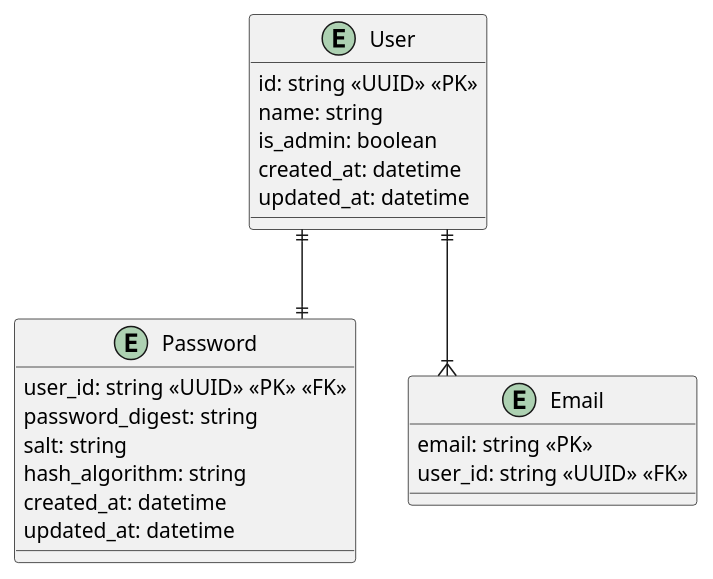
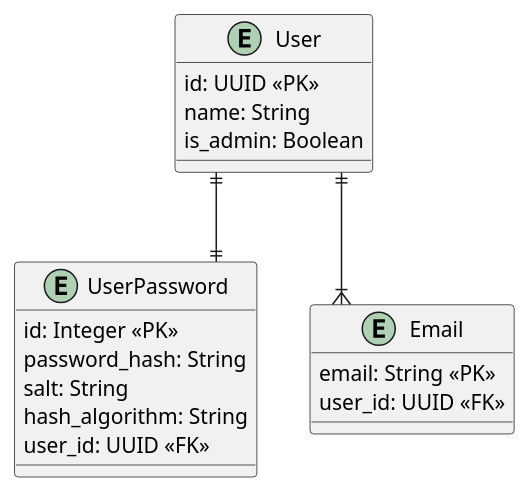
Before and after one commit to balazsmiklos85/book_club: the diagram in doc/database_current.plantuml, drawn with PlantUML. The commit also changed 4 other files, not shown here.

```diff
--- a/doc/database_current.plantuml
+++ b/doc/database_current.plantuml
@@ -1,29 +1,26 @@
 @startuml
 skinparam linetype ortho
 
 entity User {
-    id: string <<UUID>> <<PK>>
-    name: string
-    is_admin: boolean
-    created_at: datetime
-    updated_at: datetime
+  id: UUID <<PK>>
+  name: String
+  is_admin: Boolean
 }
 
-entity Password {
-    user_id: string <<UUID>> <<PK>> <<FK>>
-    password_digest: string
-    salt: string
-    hash_algorithm: string
-    created_at: datetime
-    updated_at: datetime
+entity UserPassword {
+  id: Integer <<PK>>
+  password_hash: String
+  salt: String
+  hash_algorithm: String
+  user_id: UUID <<FK>>
 }
 
 entity Email {
-    email: string <<PK>>
-    user_id: string <<UUID>> <<FK>>
+    email: String <<PK>>
+    user_id: UUID <<FK>>
 }
 
-User ||--|| Password
+User ||--|| UserPassword
 User ||--|{ Email
 
 @enduml
```
